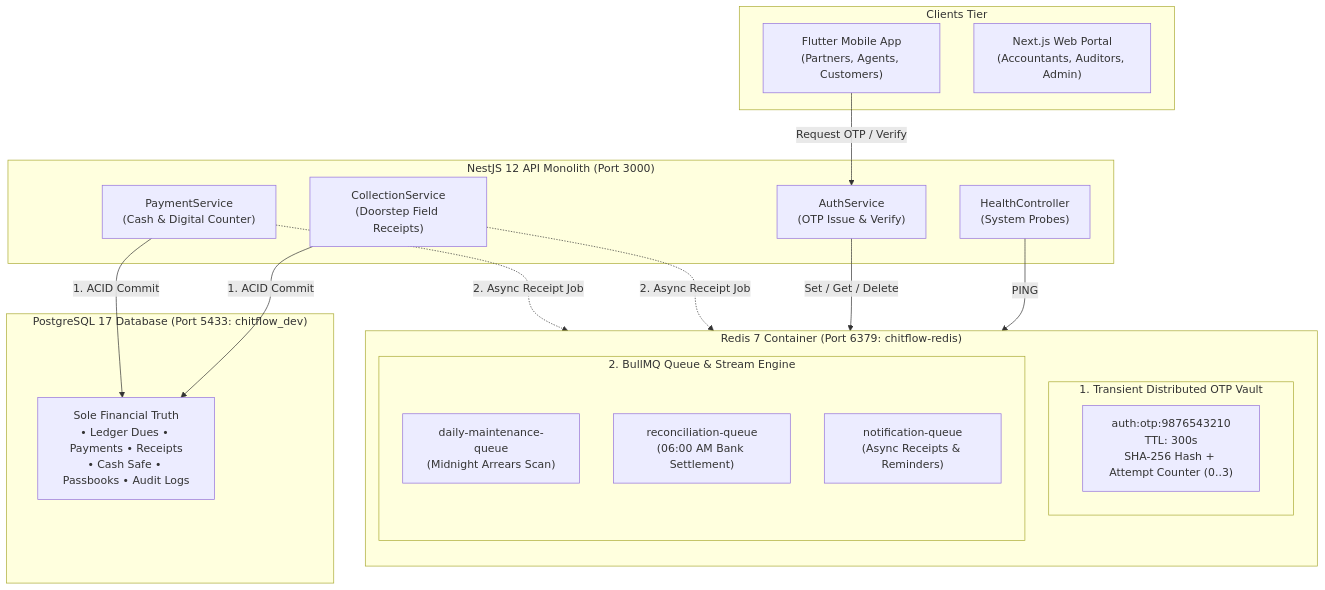
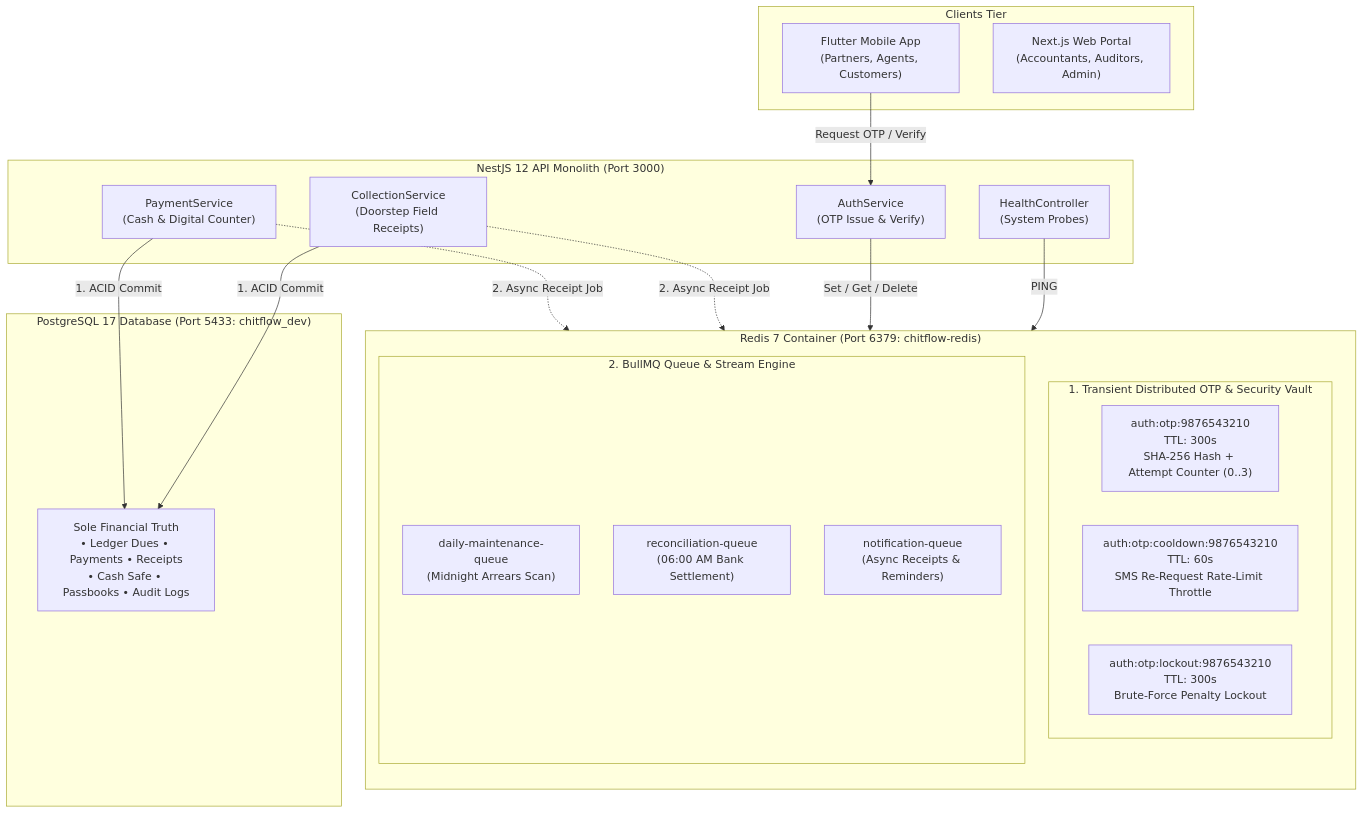
The diagram in docs/03-architecture/redis-architecture.md (Kathir-24/Kumaran-finance), drawn with Mermaid before and after one commit. The commit also changed other lines of this file and 9 other files, not shown here.

````diff
--- a/docs/03-architecture/redis-architecture.md
+++ b/docs/03-architecture/redis-architecture.md
@@ -26,38 +26,40 @@
 ```mermaid
 flowchart TD
     subgraph CLIENTS ["Clients Tier"]
         Mobile["Flutter Mobile App\n(Partners, Agents, Customers)"]
         Web["Next.js Web Portal\n(Accountants, Auditors, Admin)"]
     end
 
     subgraph API ["NestJS 12 API Monolith (Port 3000)"]
         AuthSvc["AuthService\n(OTP Issue & Verify)"]
         PaymentSvc["PaymentService\n(Cash & Digital Counter)"]
         CollectionSvc["CollectionService\n(Doorstep Field Receipts)"]
         HealthSvc["HealthController\n(System Probes)"]
     end
 
     subgraph REDIS_STORE ["Redis 7 Container (Port 6379: chitflow-redis)"]
         direction TB
-        subgraph OTP_VAULT ["1. Transient Distributed OTP Vault"]
+        subgraph OTP_VAULT ["1. Transient Distributed OTP & Security Vault"]
             OTPKey["auth:otp:9876543210\nTTL: 300s\nSHA-256 Hash + Attempt Counter (0..3)"]
+            CoolKey["auth:otp:cooldown:9876543210\nTTL: 60s\nSMS Re-Request Rate-Limit Throttle"]
+            LockKey["auth:otp:lockout:9876543210\nTTL: 300s\nBrute-Force Penalty Lockout"]
         end
         subgraph BULLMQ_STORE ["2. BullMQ Queue & Stream Engine"]
             Q1["daily-maintenance-queue\n(Midnight Arrears Scan)"]
             Q2["reconciliation-queue\n(06:00 AM Bank Settlement)"]
             Q3["notification-queue\n(Async Receipts & Reminders)"]
         end
     end
 
     subgraph PG_AUTHORITY ["PostgreSQL 17 Database (Port 5433: chitflow_dev)"]
         PG["Sole Financial Truth\n• Ledger Dues • Payments • Receipts\n• Cash Safe • Passbooks • Audit Logs"]
     end
 
     Mobile -->|Request OTP / Verify| AuthSvc
     AuthSvc -->|Set / Get / Delete| OTP_VAULT
     PaymentSvc -->|1. ACID Commit| PG
     PaymentSvc -.->|2. Async Receipt Job| Q3
     CollectionSvc -->|1. ACID Commit| PG
     CollectionSvc -.->|2. Async Receipt Job| Q3
     HealthSvc -->|PING| REDIS_STORE
 ```
````
